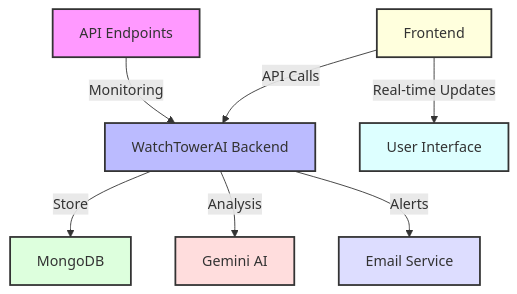
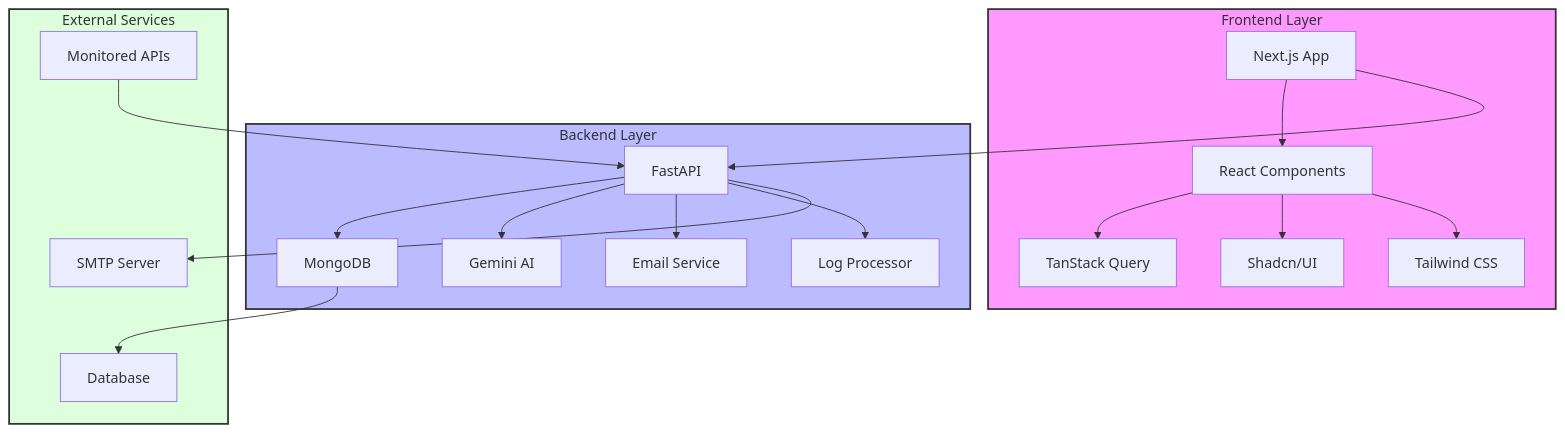
The first of 3 diagrams in README.md (lohitkolluri/WatchTowerAi), drawn with Mermaid before and after one commit. The commit also changed other lines of this file, not shown here.

````diff
--- a/README.md
+++ b/README.md
@@ -41,17 +45,31 @@
 ```mermaid
 graph TB
-    A[API Endpoints] -->|Monitoring| B[WatchTowerAI Backend]
-    B -->|Store| C[MongoDB]
-    B -->|Analysis| D[Gemini AI]
-    B -->|Alerts| E[Email Service]
-    F[Frontend] -->|API Calls| B
-    F -->|Real-time Updates| G[User Interface]
-    
-    style A fill:#f9f,stroke:#333,stroke-width:2px
-    style B fill:#bbf,stroke:#333,stroke-width:2px
-    style C fill:#dfd,stroke:#333,stroke-width:2px
-    style D fill:#fdd,stroke:#333,stroke-width:2px
-    style E fill:#ddf,stroke:#333,stroke-width:2px
-    style F fill:#ffd,stroke:#333,stroke-width:2px
-    style G fill:#dff,stroke:#333,stroke-width:2px
+    subgraph Frontend [Frontend Layer]
+        A[Next.js App] --> B[React Components]
+        B --> C[TanStack Query]
+        B --> D[Shadcn/UI]
+        B --> E[Tailwind CSS]
+    end
+
+    subgraph Backend [Backend Layer]
+        F[FastAPI] --> G[MongoDB]
+        F --> H[Gemini AI]
+        F --> I[Email Service]
+        F --> J[Log Processor]
+    end
+
+    subgraph Services [External Services]
+        K[Monitored APIs]
+        L[SMTP Server]
+        M[Database]
+    end
+
+    A --> F
+    K --> F
+    F --> L
+    G --> M
+
+    style Frontend fill:#f9f,stroke:#333,stroke-width:2px
+    style Backend fill:#bbf,stroke:#333,stroke-width:2px
+    style Services fill:#dfd,stroke:#333,stroke-width:2px
 ```
````
